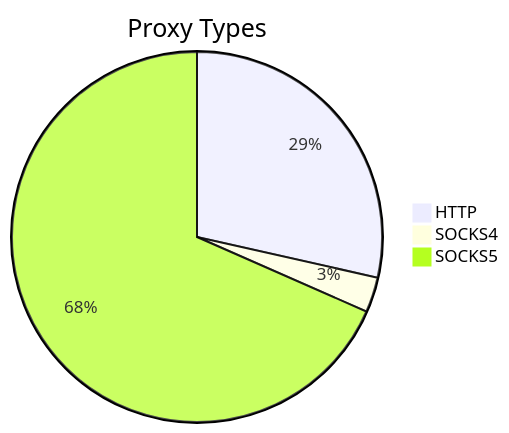
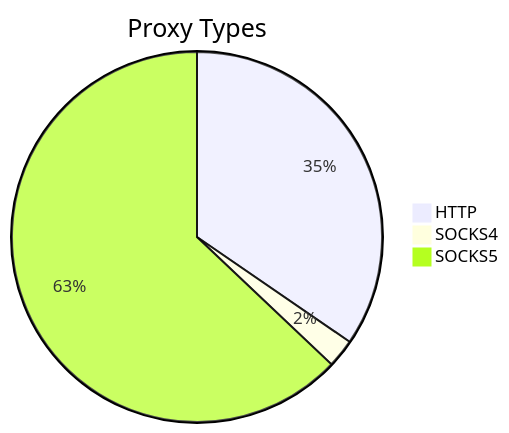
Before and after one commit to stormsia/proxy-list: the first of 2 diagrams in README.md, drawn with Mermaid. The commit also changed other lines of this file, not shown here.

````diff
--- a/README.md
+++ b/README.md
@@ -21,6 +21,6 @@
 ```mermaid
 pie title Proxy Types
-    "HTTP" : 93
+    "HTTP" : 139
     "SOCKS4" : 10
-    "SOCKS5" : 223
+    "SOCKS5" : 253
 ```
````
